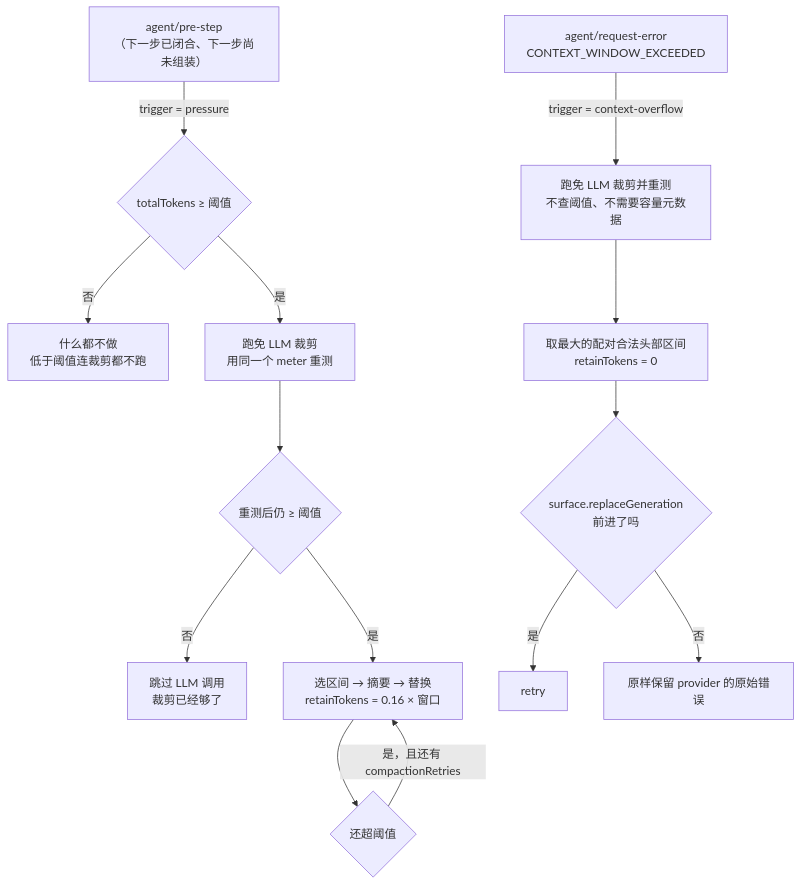
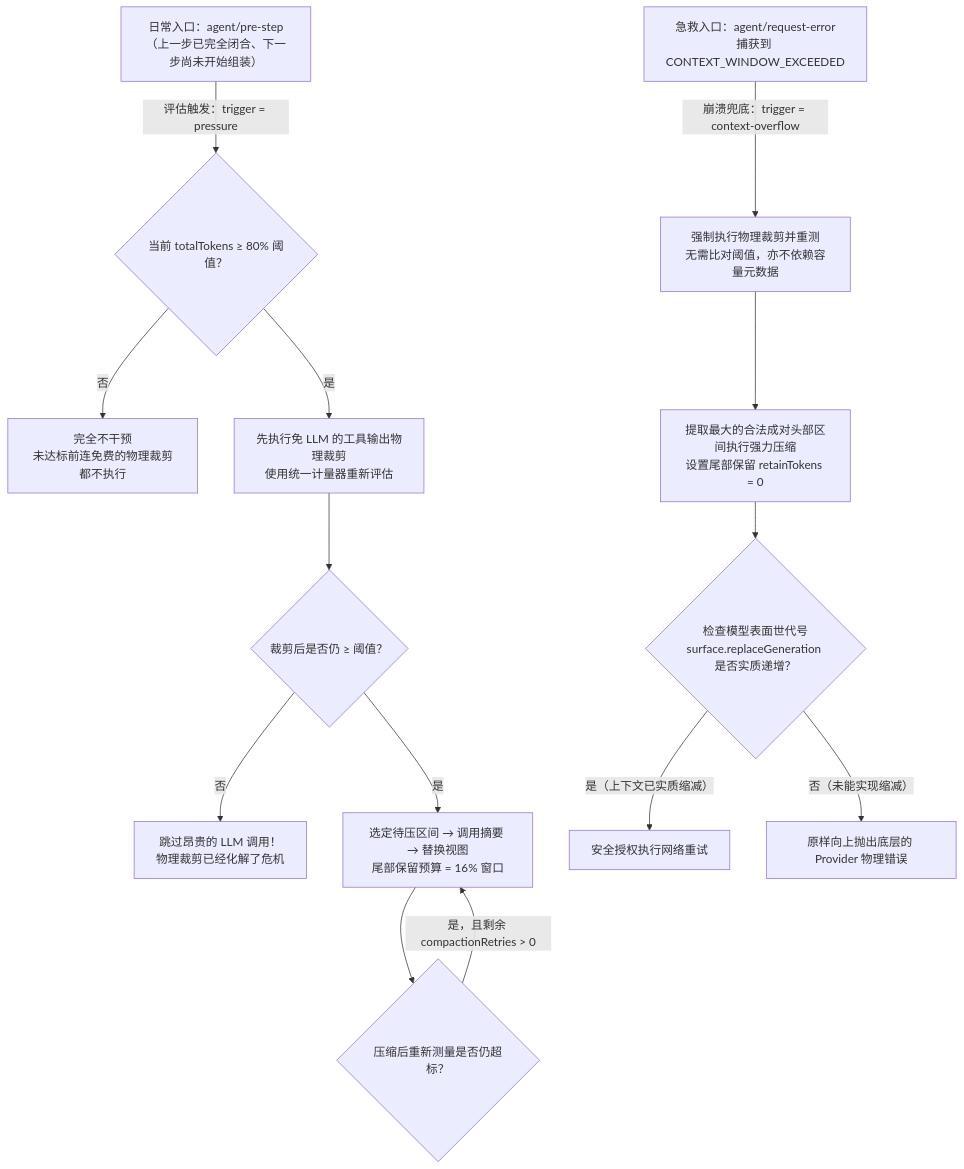
Diagram 16 of 19 in agent-context-compression/Agent_Context_Compression_Research.md (caiboyang/ML-learning), drawn with Mermaid before and after one commit. The commit also changed other lines of this file and 4 other files, not shown here.

````diff
--- a/agent-context-compression/Agent_Context_Compression_Research.md
+++ b/agent-context-compression/Agent_Context_Compression_Research.md
@@ -2480,16 +2477,16 @@
 ```mermaid
 flowchart TD
-    A["agent/pre-step<br/>（下一步已闭合、下一步尚未组装）"] -->|"trigger = pressure"| G1{"totalTokens ≥ 阈值"}
-    G1 -->|"否"| N0["什么都不做<br/>低于阈值连裁剪都不跑"]
-    G1 -->|"是"| PR1["跑免 LLM 裁剪<br/>用同一个 meter 重测"]
-    PR1 --> G2{"重测后仍 ≥ 阈值"}
-    G2 -->|"否"| N1["跳过 LLM 调用<br/>裁剪已经够了"]
-    G2 -->|"是"| S["选区间 → 摘要 → 替换<br/>retainTokens = 0.16 × 窗口"]
-    S --> G3{"还超阈值"}
-    G3 -->|"是，且还有 compactionRetries"| S
-    B["agent/request-error<br/>CONTEXT_WINDOW_EXCEEDED"] -->|"trigger = context-overflow"| PR2["跑免 LLM 裁剪并重测<br/>不查阈值、不需要容量元数据"]
-    PR2 --> S2["取最大的配对合法头部区间<br/>retainTokens = 0"]
-    S2 --> RG{"surface.replaceGeneration<br/>前进了吗"}
-    RG -->|"是"| RT["retry"]
-    RG -->|"否"| KEEP["原样保留 provider 的原始错误"]
+    A["日常入口：agent/pre-step<br/>（上一步已完全闭合、下一步尚未开始组装）"] -->|"评估触发：trigger = pressure"| G1{"当前 totalTokens ≥ 80% 阈值？"}
+    G1 -->|"否"| N0["完全不干预<br/>未达标前连免费的物理裁剪都不执行"]
+    G1 -->|"是"| PR1["先执行免 LLM 的工具输出物理裁剪<br/>使用统一计量器重新评估"]
+    PR1 --> G2{"裁剪后是否仍 ≥ 阈值？"}
+    G2 -->|"否"| N1["跳过昂贵的 LLM 调用！<br/>物理裁剪已经化解了危机"]
+    G2 -->|"是"| S["选定待压区间 → 调用摘要 → 替换视图<br/>尾部保留预算 = 16% 窗口"]
+    S --> G3{"压缩后重新测量是否仍超标？"}
+    G3 -->|"是，且剩余 compactionRetries > 0"| S
+    B["急救入口：agent/request-error<br/>捕获到 CONTEXT_WINDOW_EXCEEDED"] -->|"崩溃兜底：trigger = context-overflow"| PR2["强制执行物理裁剪并重测<br/>无需比对阈值，亦不依赖容量元数据"]
+    PR2 --> S2["提取最大的合法成对头部区间执行强力压缩<br/>设置尾部保留 retainTokens = 0"]
+    S2 --> RG{"检查模型表面世代号<br/>surface.replaceGeneration 是否实质递增？"}
+    RG -->|"是（上下文已实质缩减）"| RT["安全授权执行网络重试"]
+    RG -->|"否（未能实现缩减）"| KEEP["原样向上抛出底层的 Provider 物理错误"]
 ```
````
